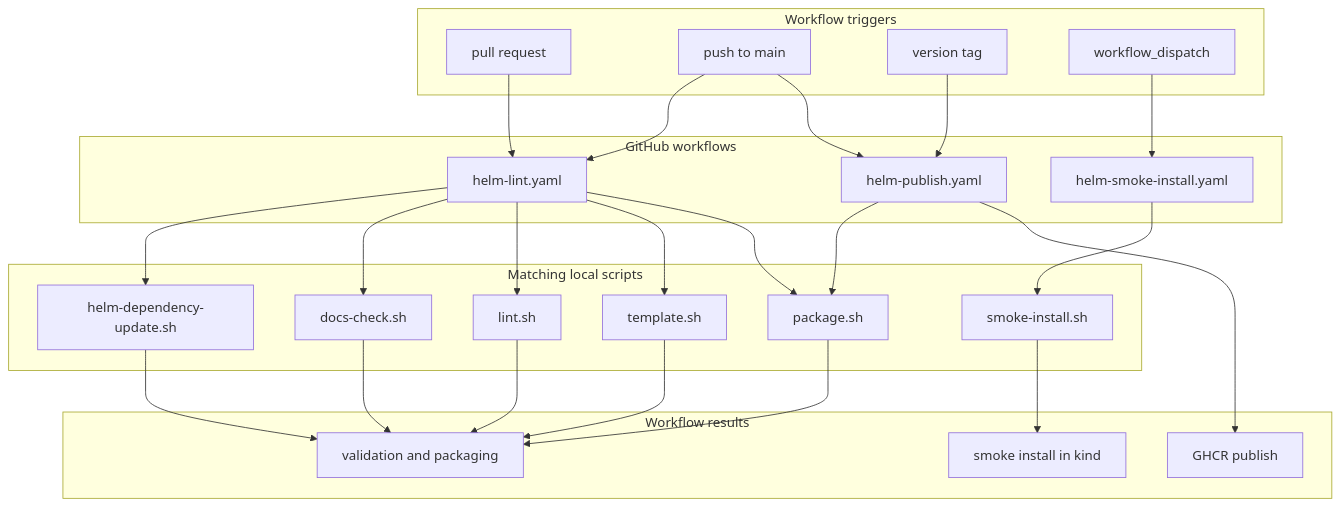
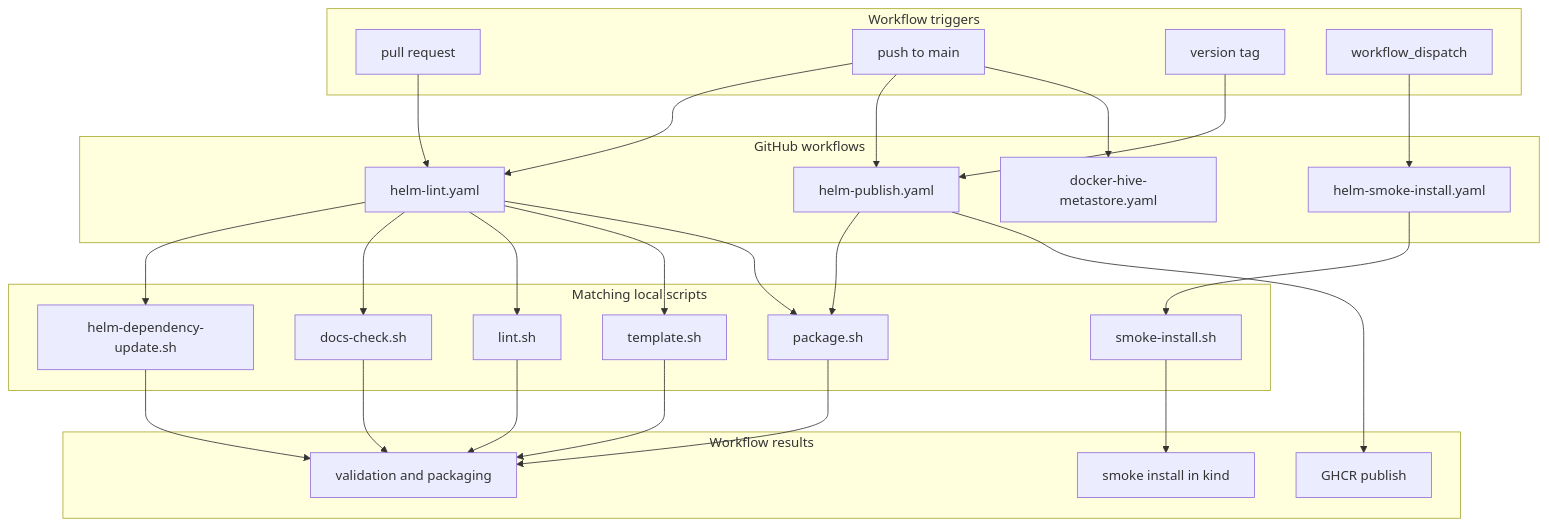
The diagram in .github/workflows/README.md (sanger-pathogens/dlh-in-a-box-umbrella-helm-chart), drawn with Mermaid before and after one commit. The commit also changed other lines of this file and 9 other files, not shown here.

Commit message:
Build a metastore image with postgres drivers and update chart defaults to use v4.2.0 (latest)

````diff
--- a/.github/workflows/README.md
+++ b/.github/workflows/README.md
@@ -24,50 +25,52 @@
 ```mermaid
 flowchart TD
   subgraph Triggers["Workflow triggers"]
     PR[pull request]
     Main[push to main]
     Tag[version tag]
     Manual[workflow_dispatch]
   end
 
   subgraph Workflows["GitHub workflows"]
     Lint[helm-lint.yaml]
     Smoke[helm-smoke-install.yaml]
     Publish[helm-publish.yaml]
+    Docker[docker-hive-metastore.yaml]
   end
 
   subgraph LocalParity["Matching local scripts"]
     Deps[helm-dependency-update.sh]
     Docs[docs-check.sh]
     LintLocal[lint.sh]
     Template[template.sh]
     Package[package.sh]
     SmokeLocal[smoke-install.sh]
   end
 
   subgraph Outcome["Workflow results"]
     Validation[validation and packaging]
     KindSmoke[smoke install in kind]
     GHCR[GHCR publish]
   end
 
   PR --> Lint
   Main --> Lint
   Main --> Publish
+  Main --> Docker
   Tag --> Publish
   Manual --> Smoke
   Lint --> Deps
   Lint --> Docs
   Lint --> LintLocal
   Lint --> Template
   Lint --> Package
   Smoke --> SmokeLocal
   Publish --> Package
   Deps --> Validation
   Docs --> Validation
   LintLocal --> Validation
   Template --> Validation
   Package --> Validation
   SmokeLocal --> KindSmoke
   Publish --> GHCR
 ```
````
